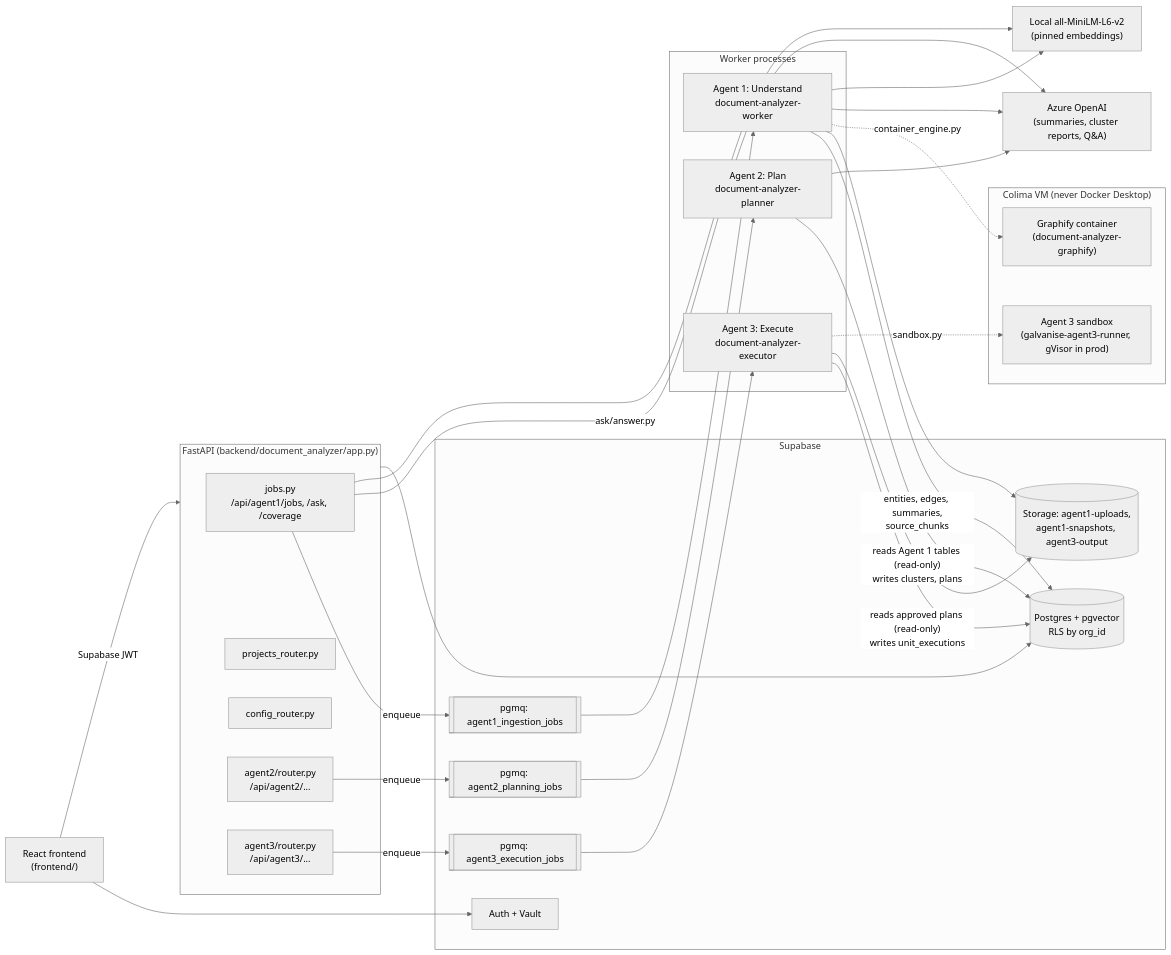
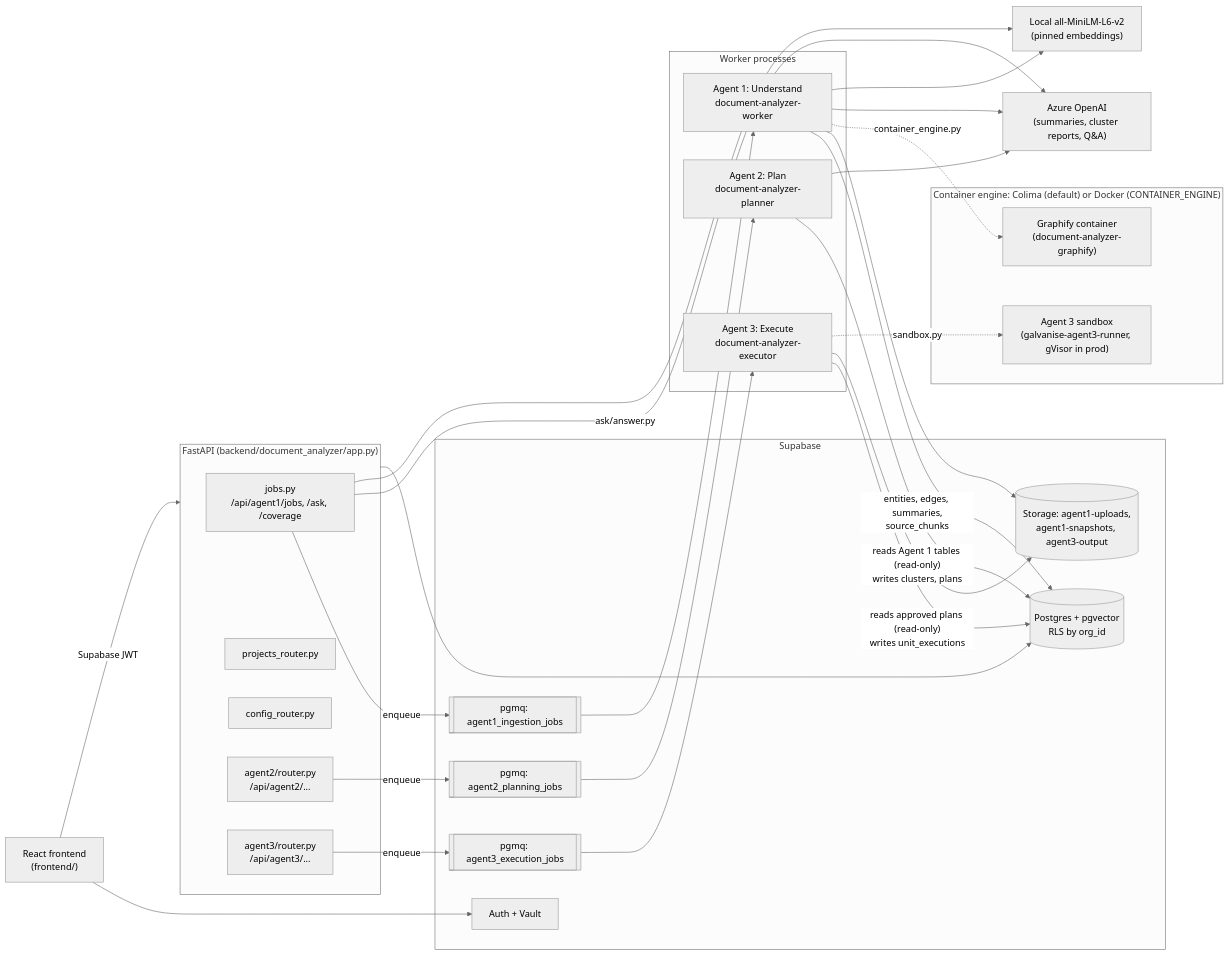
One commit to Arej02/document_analyzer changed the first of 6 diagrams in docs/architecture.md. Above: the diagram before and after it, drawn with Mermaid (neutral theme). The commit also changed other lines of this file and 16 other files, not shown here.

````diff
--- a/docs/architecture.md
+++ b/docs/architecture.md
@@ -9,60 +9,60 @@
 ```mermaid
 flowchart LR
     UI["React frontend<br/>(frontend/)"]
 
     subgraph API["FastAPI (backend/document_analyzer/app.py)"]
         R1["jobs.py<br/>/api/agent1/jobs, /ask, /coverage"]
         RP["projects_router.py"]
         RC["config_router.py"]
         R2["agent2/router.py<br/>/api/agent2/..."]
         R3["agent3/router.py<br/>/api/agent3/..."]
     end
 
     subgraph SB["Supabase"]
         PG[("Postgres + pgvector<br/>RLS by org_id")]
         Q1[["pgmq: agent1_ingestion_jobs"]]
         Q2[["pgmq: agent2_planning_jobs"]]
         Q3[["pgmq: agent3_execution_jobs"]]
         ST[("Storage: agent1-uploads,<br/>agent1-snapshots, agent3-output")]
         AUTH["Auth + Vault"]
     end
 
     subgraph Workers["Worker processes"]
         W1["Agent 1: Understand<br/>document-analyzer-worker"]
         W2["Agent 2: Plan<br/>document-analyzer-planner"]
         W3["Agent 3: Execute<br/>document-analyzer-executor"]
     end
 
-    subgraph Colima["Colima VM (never Docker Desktop)"]
+    subgraph Colima["Container engine: Colima (default) or Docker (CONTAINER_ENGINE)"]
         GF["Graphify container<br/>(document-analyzer-graphify)"]
         SX["Agent 3 sandbox<br/>(galvanise-agent3-runner, gVisor in prod)"]
     end
 
     AOAI["Azure OpenAI<br/>(summaries, cluster reports, Q&A)"]
     EMB["Local all-MiniLM-L6-v2<br/>(pinned embeddings)"]
 
     UI -->|"Supabase JWT"| API
     UI --> AUTH
     API --> PG
     R1 -->|enqueue| Q1
     R2 -->|enqueue| Q2
     R3 -->|enqueue| Q3
 
     Q1 --> W1
     Q2 --> W2
     Q3 --> W3
 
     W1 -->|"entities, edges, summaries,<br/>source_chunks"| PG
     W1 --> ST
     W2 -->|"reads Agent 1 tables (read-only)<br/>writes clusters, plans"| PG
     W3 -->|"reads approved plans (read-only)<br/>writes unit_executions"| PG
     W3 --> ST
 
     W1 -. "container_engine.py" .-> GF
     W3 -. "sandbox.py" .-> SX
     W1 --> AOAI
     W2 --> AOAI
     R1 -->|"ask/answer.py"| AOAI
     W1 --> EMB
     R1 --> EMB
 ```
````
